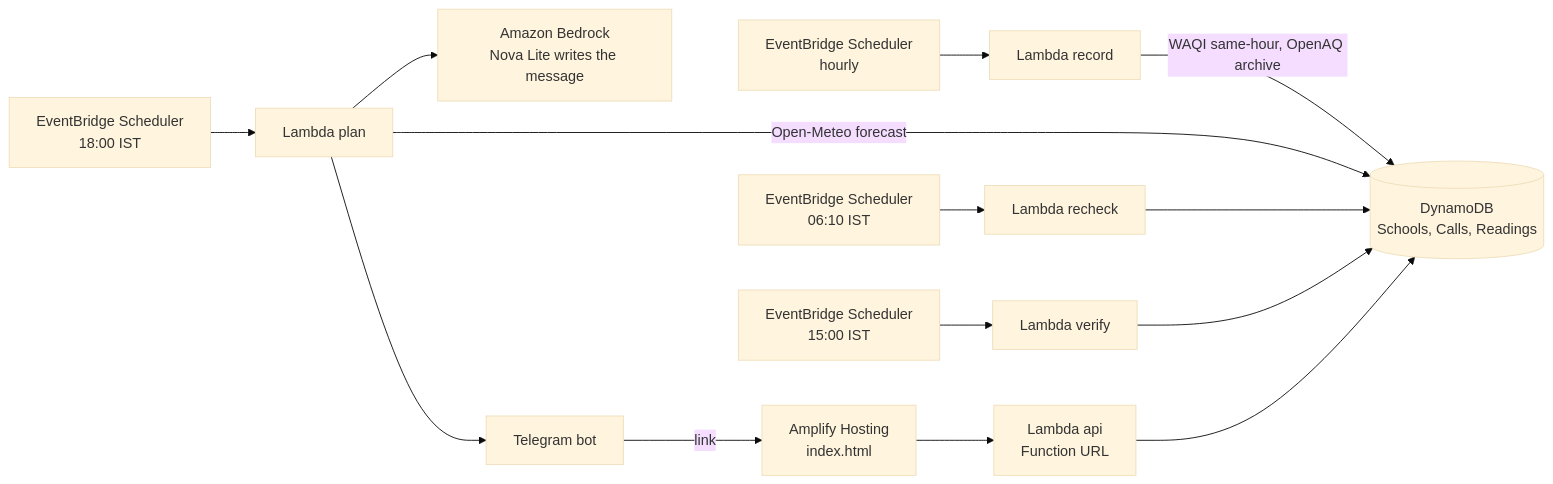
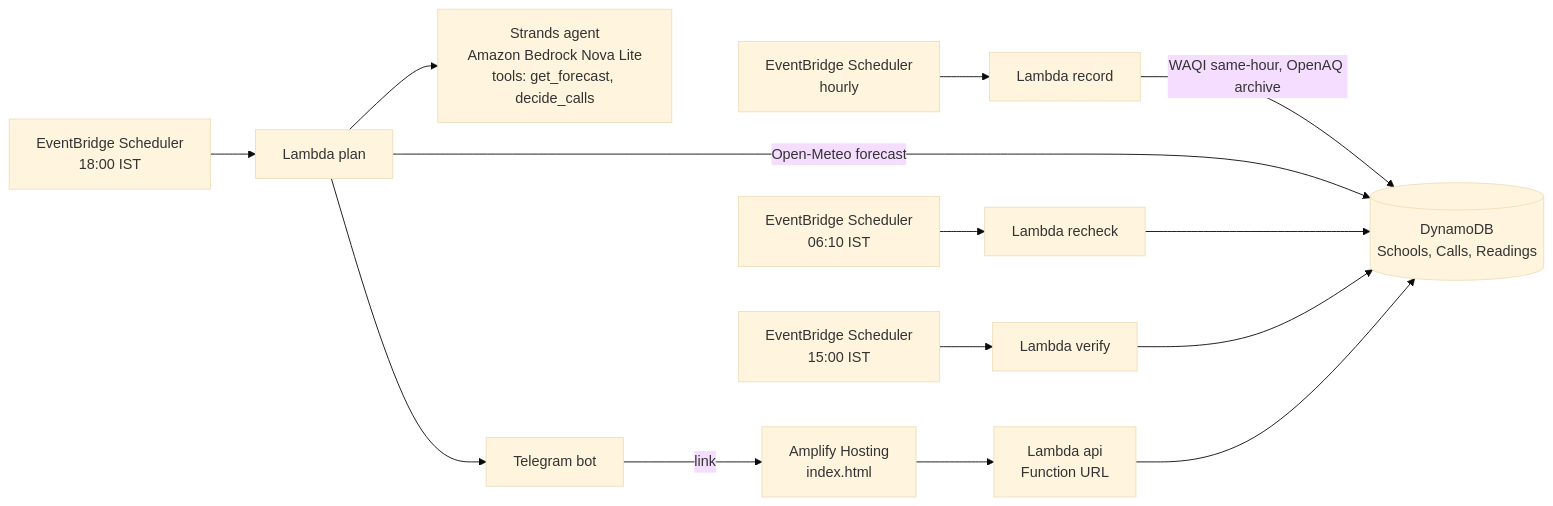
One commit to dhanwantdhani/ghanti changed the diagram in README.md. Above: the diagram before and after it, drawn with Mermaid (base theme). The commit also changed other lines of this file and 8 other files, not shown here.

Commit message:
Strands agent plans the day (get_forecast, decide_calls tools), trace shown on page; latest-call fallback; date override for plan

````diff
--- a/README.md
+++ b/README.md
@@ -63,16 +64,16 @@
 ```mermaid
 flowchart LR
   S1[EventBridge Scheduler<br/>hourly] --> R[Lambda record]
   S2[EventBridge Scheduler<br/>18:00 IST] --> P[Lambda plan]
   S3[EventBridge Scheduler<br/>06:10 IST] --> C[Lambda recheck]
   S4[EventBridge Scheduler<br/>15:00 IST] --> V[Lambda verify]
   R --> |WAQI same-hour, OpenAQ archive| D[(DynamoDB<br/>Schools, Calls, Readings)]
   P --> |Open-Meteo forecast| D
-  P --> N[Amazon Bedrock<br/>Nova Lite writes the message]
+  P --> N[Strands agent<br/>Amazon Bedrock Nova Lite<br/>tools: get_forecast, decide_calls]
   P --> T[Telegram bot]
   C --> D
   V --> D
   A[Lambda api<br/>Function URL] --> D
   W[Amplify Hosting<br/>index.html] --> A
   T --> |link| W
 ```
````
